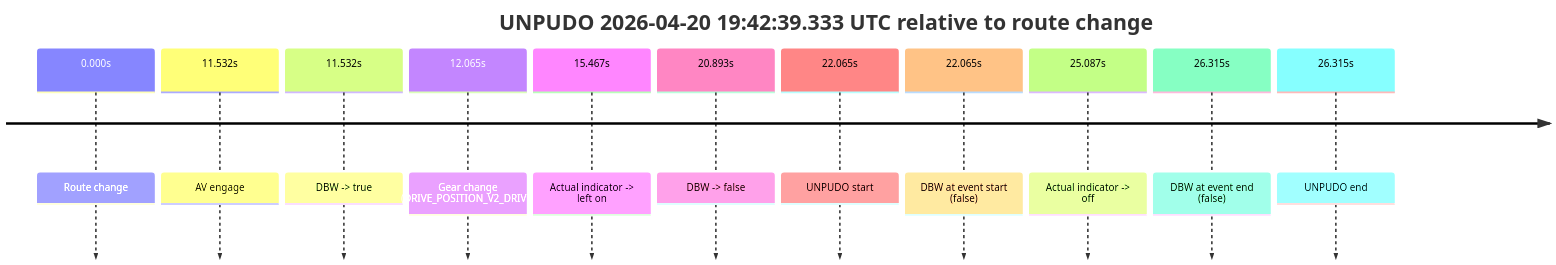
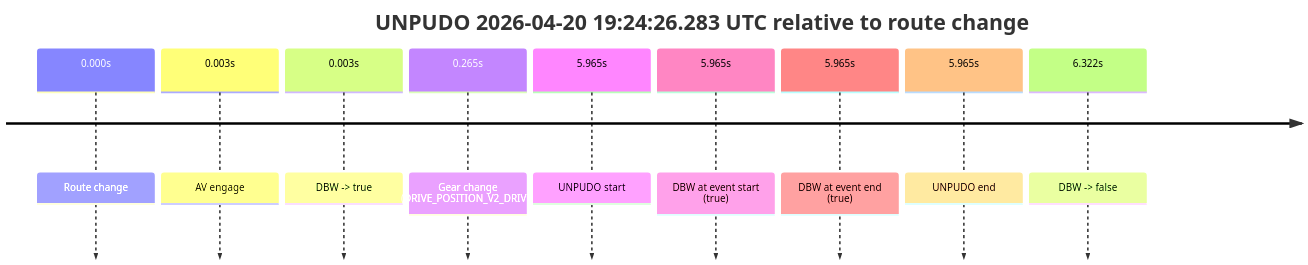
Before and after one commit to yoelshapiro/vault: the diagram in model_analysis/report_cards/2026/04/Week-4/fme10003--2026-04-20--19-16-40--gen2-av-6e514031-1d30-469d-8c73-ae807d9c1a72.md, drawn with Mermaid. The commit also changed other lines of this file and 1 other file, not shown here.

````diff
--- a/model_analysis/report_cards/2026/04/Week-4/fme10003--2026-04-20--19-16-40--gen2-av-6e514031-1d30-469d-8c73-ae807d9c1a72.md
+++ b/model_analysis/report_cards/2026/04/Week-4/fme10003--2026-04-20--19-16-40--gen2-av-6e514031-1d30-469d-8c73-ae807d9c1a72.md
@@ -139,15 +42,13 @@
 ```mermaid
 timeline
-    title UNPUDO 2026-04-20 19:42:39.333 UTC relative to route change
+    title UNPUDO 2026-04-20 19:24:26.283 UTC relative to route change
     0.000s : Route change
-    11.532s : AV engage
-    11.532s : DBW -> true
-    12.065s : Gear change (DRIVE_POSITION_V2_DRIVE)
-    15.467s : Actual indicator -> left on
-    20.893s : DBW -> false
-    22.065s : UNPUDO start
-    22.065s : DBW at event start (false)
-    25.087s : Actual indicator -> off
-    26.315s : DBW at event end (false)
-    26.315s : UNPUDO end
+    0.003s : AV engage
+    0.003s : DBW -> true
+    0.265s : Gear change (DRIVE_POSITION_V2_DRIVE)
+    5.965s : UNPUDO start
+    5.965s : DBW at event start (true)
+    5.965s : DBW at event end (true)
+    5.965s : UNPUDO end
+    6.322s : DBW -> false
 ```
````
